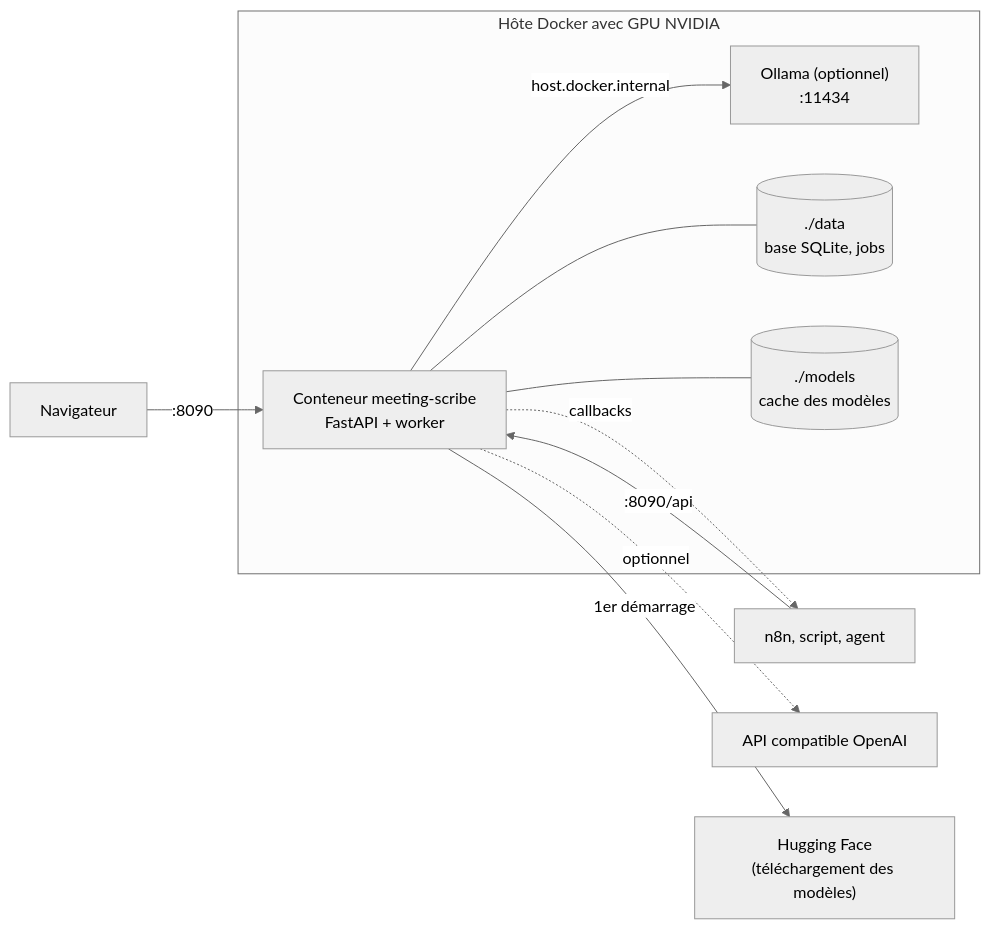
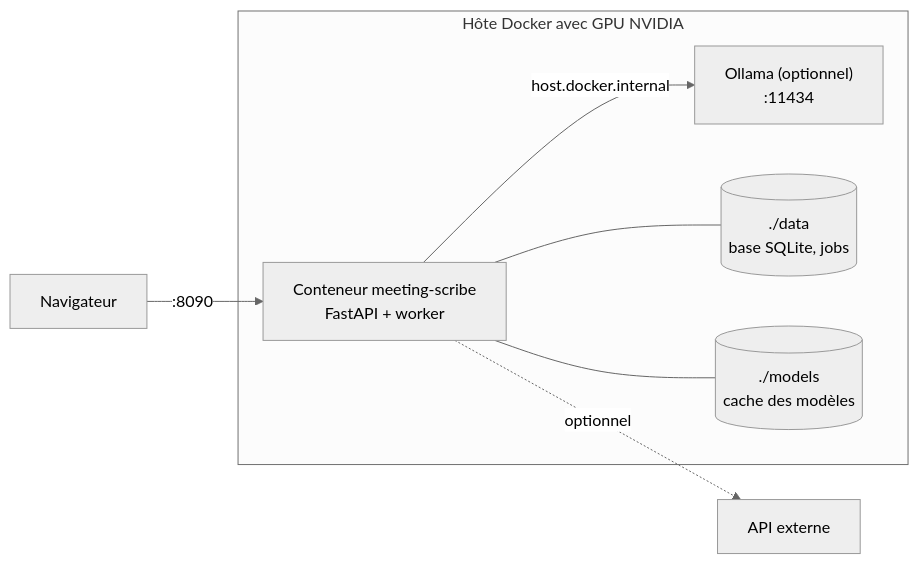
Before and after one commit to lenny-ai-data/meeting-scribe: the second of 3 diagrams in README.md, drawn with Mermaid (neutral theme). The commit also changed other lines of this file and 20 other files, not shown here.

````diff
--- a/README.md
+++ b/README.md
@@ -59,15 +59,12 @@
 ```mermaid
 flowchart LR
     U["Navigateur"] -->|":8090"| MS
-    N["n8n, script, agent"] -->|":8090/api"| MS
     subgraph H["Hôte Docker avec GPU NVIDIA"]
         MS["Conteneur meeting-scribe<br>FastAPI + worker"]
         O["Ollama (optionnel)<br>:11434"]
         MS -->|"host.docker.internal"| O
         MS --- V1[("./data<br>base SQLite, jobs")]
         MS --- V2[("./models<br>cache des modèles")]
     end
-    MS -.->|"optionnel"| L["API compatible OpenAI"]
-    MS -.->|"callbacks"| N
-    MS -->|"1er démarrage"| HF["Hugging Face<br>(téléchargement des modèles)"]
+    MS -.->|"optionnel"| L["API externe"]
 ```
````
